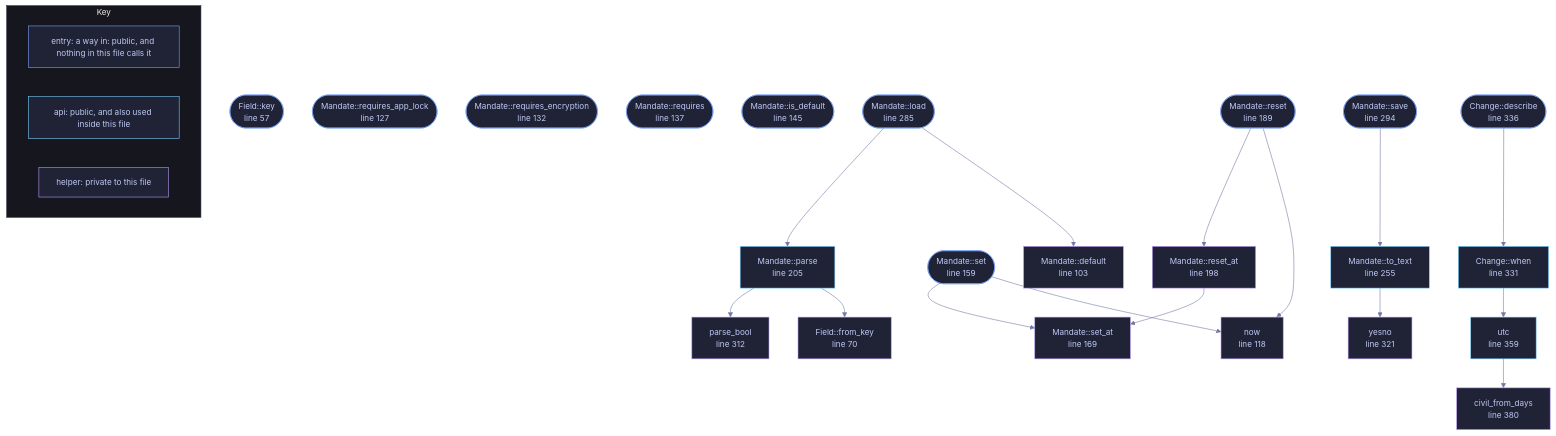
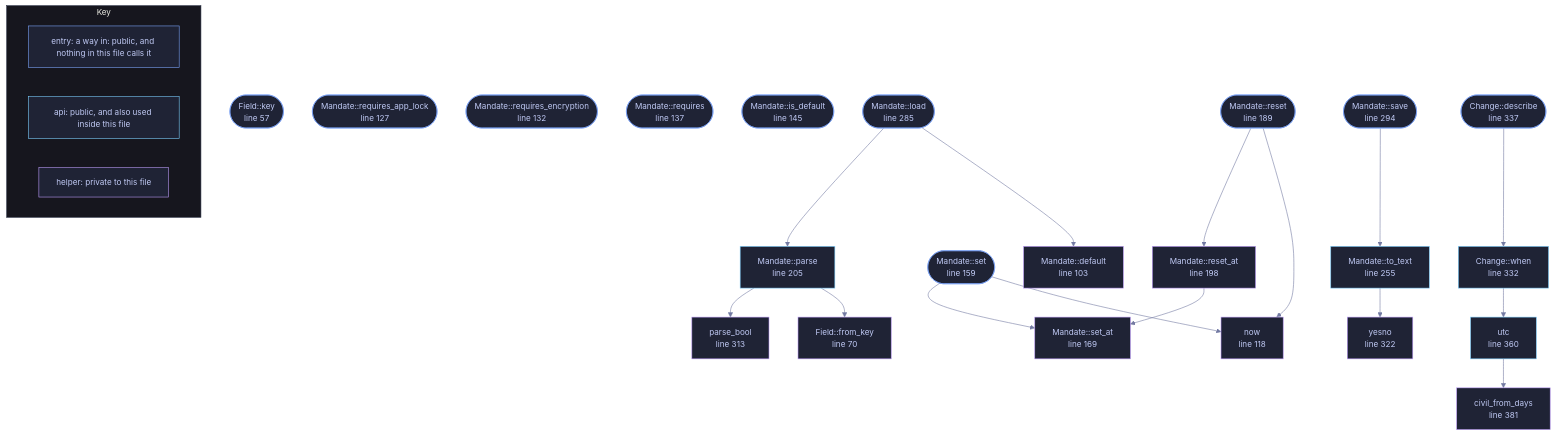
Before and after one commit to tilas01/veilvoice: the diagram in docs/files/veilvoice-policy/mandate.md, drawn with Mermaid. The commit also changed other lines of this file and 514 other files, not shown here.

````diff
--- a/docs/files/veilvoice-policy/mandate.md
+++ b/docs/files/veilvoice-policy/mandate.md
@@ -114,77 +114,77 @@
 ```mermaid
 %%{init: {"theme":"base","themeVariables":{"background":"#1a1b26","primaryColor":"#1f2335","primaryTextColor":"#c0caf5","primaryBorderColor":"#7aa2f7","secondaryColor":"#16161e","tertiaryColor":"#16161e","lineColor":"#737aa2","textColor":"#c0caf5","mainBkg":"#1f2335","nodeBorder":"#7aa2f7","clusterBkg":"#16161e","clusterBorder":"#2f3549","fontFamily":"ui-monospace, SFMono-Regular, Consolas, monospace","fontSize":"14px"}}}%%
 flowchart TD
     n_key(["Field::key<br/>line 57"])
     n_from_key["Field::from_key<br/>line 70"]
     n_default["Mandate::default<br/>line 103"]
     n_now["now<br/>line 118"]
     n_requires_app_lock(["Mandate::requires_app_lock<br/>line 127"])
     n_requires_encryption(["Mandate::requires_encryption<br/>line 132"])
     n_requires(["Mandate::requires<br/>line 137"])
     n_is_default(["Mandate::is_default<br/>line 145"])
     n_set(["Mandate::set<br/>line 159"])
     n_set_at["Mandate::set_at<br/>line 169"]
     n_reset(["Mandate::reset<br/>line 189"])
     n_reset_at["Mandate::reset_at<br/>line 198"]
     n_parse["Mandate::parse<br/>line 205"]
     n_to_text["Mandate::to_text<br/>line 255"]
     n_load(["Mandate::load<br/>line 285"])
     n_save(["Mandate::save<br/>line 294"])
-    n_parse_bool["parse_bool<br/>line 312"]
-    n_yesno["yesno<br/>line 321"]
-    n_when["Change::when<br/>line 331"]
-    n_describe(["Change::describe<br/>line 336"])
-    n_utc["utc<br/>line 359"]
-    n_civil_from_days["civil_from_days<br/>line 380"]
+    n_parse_bool["parse_bool<br/>line 313"]
+    n_yesno["yesno<br/>line 322"]
+    n_when["Change::when<br/>line 332"]
+    n_describe(["Change::describe<br/>line 337"])
+    n_utc["utc<br/>line 360"]
+    n_civil_from_days["civil_from_days<br/>line 381"]
     n_describe --> n_when
     n_load --> n_default
     n_load --> n_parse
     n_parse --> n_from_key
     n_parse --> n_parse_bool
     n_reset --> n_now
     n_reset --> n_reset_at
     n_reset_at --> n_set_at
     n_save --> n_to_text
     n_set --> n_now
     n_set --> n_set_at
     n_to_text --> n_yesno
     n_utc --> n_civil_from_days
     n_when --> n_utc
     click n_key href "https://github.com/tilas01/veilvoice/blob/main/crates/veilvoice-policy/src/mandate.rs#L57" "open the source"
     click n_from_key href "https://github.com/tilas01/veilvoice/blob/main/crates/veilvoice-policy/src/mandate.rs#L70" "open the source"
     click n_default href "https://github.com/tilas01/veilvoice/blob/main/crates/veilvoice-policy/src/mandate.rs#L103" "open the source"
     click n_now href "https://github.com/tilas01/veilvoice/blob/main/crates/veilvoice-policy/src/mandate.rs#L118" "open the source"
     click n_requires_app_lock href "https://github.com/tilas01/veilvoice/blob/main/crates/veilvoice-policy/src/mandate.rs#L127" "open the source"
     click n_requires_encryption href "https://github.com/tilas01/veilvoice/blob/main/crates/veilvoice-policy/src/mandate.rs#L132" "open the source"
     click n_requires href "https://github.com/tilas01/veilvoice/blob/main/crates/veilvoice-policy/src/mandate.rs#L137" "open the source"
     click n_is_default href "https://github.com/tilas01/veilvoice/blob/main/crates/veilvoice-policy/src/mandate.rs#L145" "open the source"
     click n_set href "https://github.com/tilas01/veilvoice/blob/main/crates/veilvoice-policy/src/mandate.rs#L159" "open the source"
     click n_set_at href "https://github.com/tilas01/veilvoice/blob/main/crates/veilvoice-policy/src/mandate.rs#L169" "open the source"
     click n_reset href "https://github.com/tilas01/veilvoice/blob/main/crates/veilvoice-policy/src/mandate.rs#L189" "open the source"
     click n_reset_at href "https://github.com/tilas01/veilvoice/blob/main/crates/veilvoice-policy/src/mandate.rs#L198" "open the source"
     click n_parse href "https://github.com/tilas01/veilvoice/blob/main/crates/veilvoice-policy/src/mandate.rs#L205" "open the source"
     click n_to_text href "https://github.com/tilas01/veilvoice/blob/main/crates/veilvoice-policy/src/mandate.rs#L255" "open the source"
     click n_load href "https://github.com/tilas01/veilvoice/blob/main/crates/veilvoice-policy/src/mandate.rs#L285" "open the source"
     click n_save href "https://github.com/tilas01/veilvoice/blob/main/crates/veilvoice-policy/src/mandate.rs#L294" "open the source"
-    click n_parse_bool href "https://github.com/tilas01/veilvoice/blob/main/crates/veilvoice-policy/src/mandate.rs#L312" "open the source"
-    click n_yesno href "https://github.com/tilas01/veilvoice/blob/main/crates/veilvoice-policy/src/mandate.rs#L321" "open the source"
-    click n_when href "https://github.com/tilas01/veilvoice/blob/main/crates/veilvoice-policy/src/mandate.rs#L331" "open the source"
-    click n_describe href "https://github.com/tilas01/veilvoice/blob/main/crates/veilvoice-policy/src/mandate.rs#L336" "open the source"
-    click n_utc href "https://github.com/tilas01/veilvoice/blob/main/crates/veilvoice-policy/src/mandate.rs#L359" "open the source"
-    click n_civil_from_days href "https://github.com/tilas01/veilvoice/blob/main/crates/veilvoice-policy/src/mandate.rs#L380" "open the source"
+    click n_parse_bool href "https://github.com/tilas01/veilvoice/blob/main/crates/veilvoice-policy/src/mandate.rs#L313" "open the source"
+    click n_yesno href "https://github.com/tilas01/veilvoice/blob/main/crates/veilvoice-policy/src/mandate.rs#L322" "open the source"
+    click n_when href "https://github.com/tilas01/veilvoice/blob/main/crates/veilvoice-policy/src/mandate.rs#L332" "open the source"
+    click n_describe href "https://github.com/tilas01/veilvoice/blob/main/crates/veilvoice-policy/src/mandate.rs#L337" "open the source"
+    click n_utc href "https://github.com/tilas01/veilvoice/blob/main/crates/veilvoice-policy/src/mandate.rs#L360" "open the source"
+    click n_civil_from_days href "https://github.com/tilas01/veilvoice/blob/main/crates/veilvoice-policy/src/mandate.rs#L381" "open the source"
     classDef entry fill:#1f2335,stroke:#7aa2f7,color:#c0caf5
     class n_key,n_requires_app_lock,n_requires_encryption,n_requires,n_is_default,n_set,n_reset,n_load,n_save,n_describe entry
     classDef api fill:#1f2335,stroke:#7dcfff,color:#c0caf5
     class n_parse,n_to_text,n_when,n_utc api
     classDef helper fill:#1f2335,stroke:#bb9af7,color:#c0caf5
     class n_from_key,n_default,n_now,n_set_at,n_reset_at,n_parse_bool,n_yesno,n_civil_from_days helper
     subgraph chart_key ["Key"]
         direction LR
         key_entry["entry: a way in: public, and nothing in this file calls it"]
         key_api["api: public, and also used inside this file"]
         key_helper["helper: private to this file"]
     end
     class key_entry entry
     class key_api api
     class key_helper helper
 ```
````
